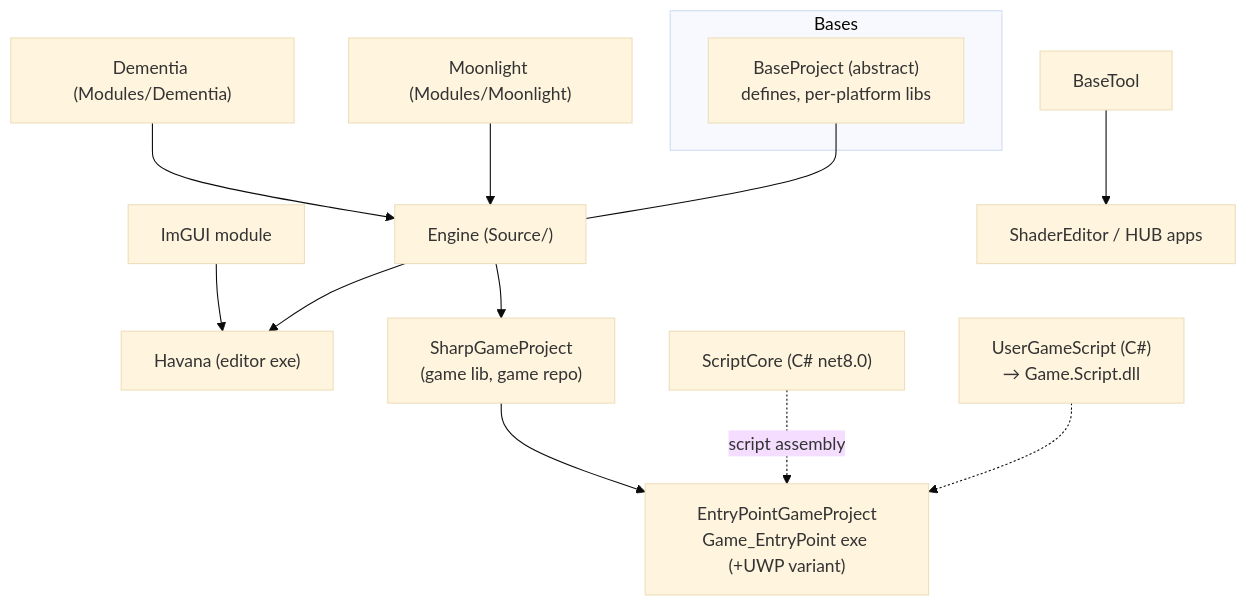
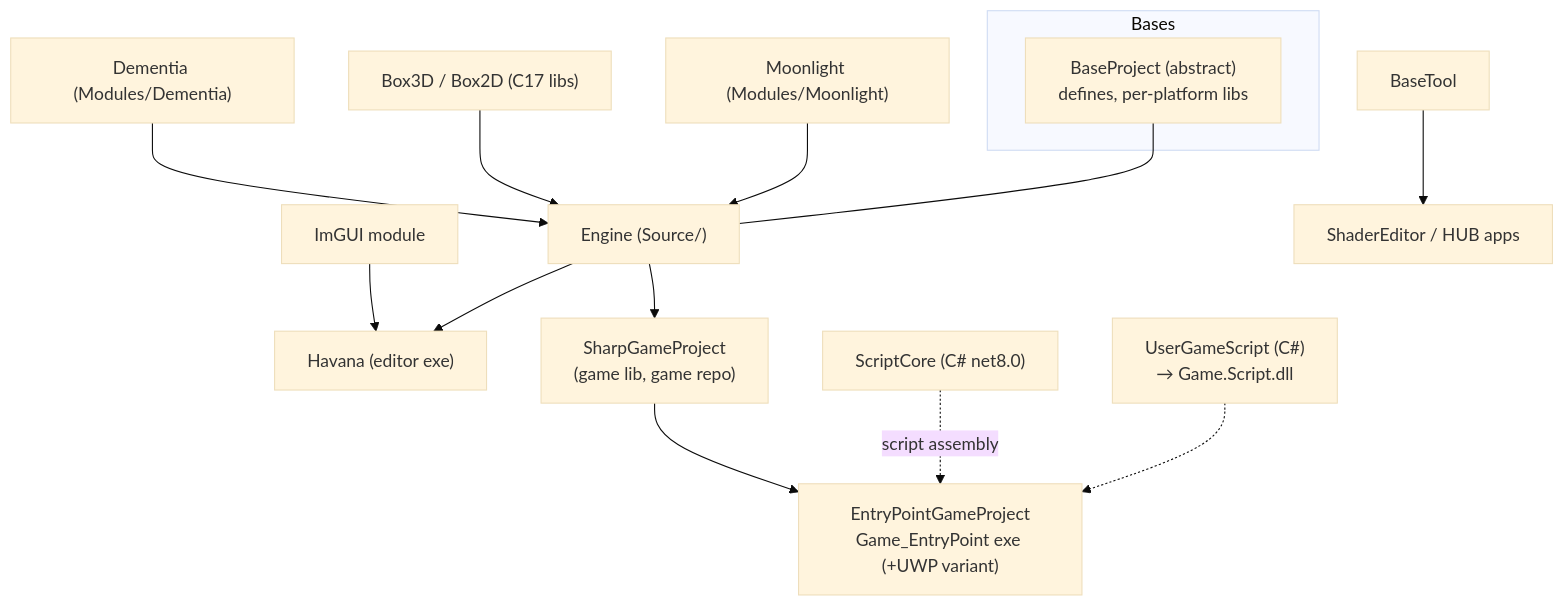
One commit to wobbier/MitchEngine changed the diagram in Docs/Build-System.md. Above: the diagram before and after it, drawn with Mermaid (base theme). The commit also changed other lines of this file and 7 other files, not shown here.

````diff
--- a/Docs/Build-System.md
+++ b/Docs/Build-System.md
@@ -32,16 +32,17 @@
 ```mermaid
 flowchart TD
     subgraph Bases
         BP["BaseProject (abstract)<br/>defines, per-platform libs"]
     end
     D["Dementia (Modules/Dementia)"] --> E
+    BX["Box3D / Box2D (C17 libs)"] --> E
     ML["Moonlight (Modules/Moonlight)"] --> E
     IM["ImGUI module"] --> H
     E["Engine (Source/)"] --> H["Havana (editor exe)"]
     E --> GL["SharpGameProject<br/>(game lib, game repo)"]
     GL --> EP["EntryPointGameProject<br/>Game_EntryPoint exe (+UWP variant)"]
     SC["ScriptCore (C# net8.0)"] -.script assembly.-> EP
     UGS["UserGameScript (C#)<br/>→ Game.Script.dll"] -.-> EP
     BT["BaseTool"] --> SE2["ShaderEditor / HUB apps"]
     BP --- E
 ```
````
